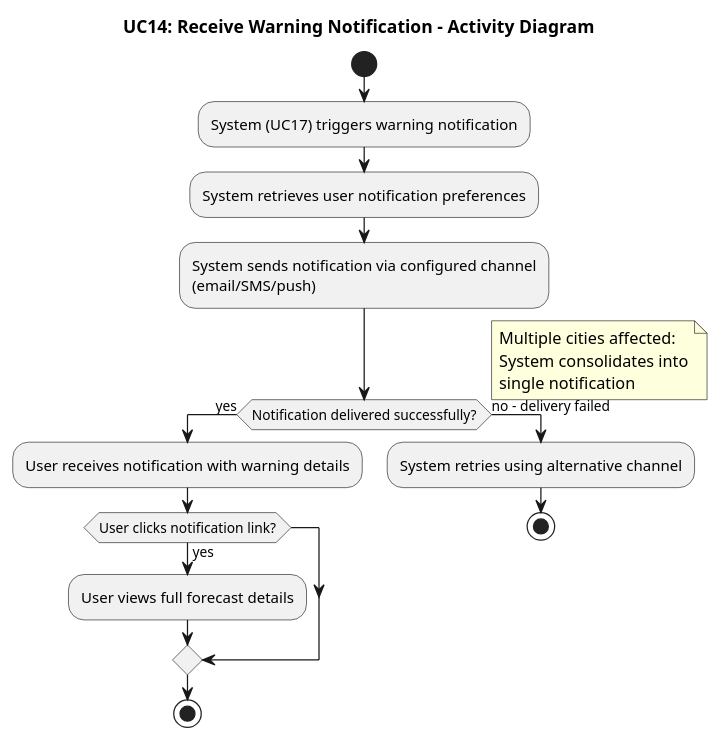
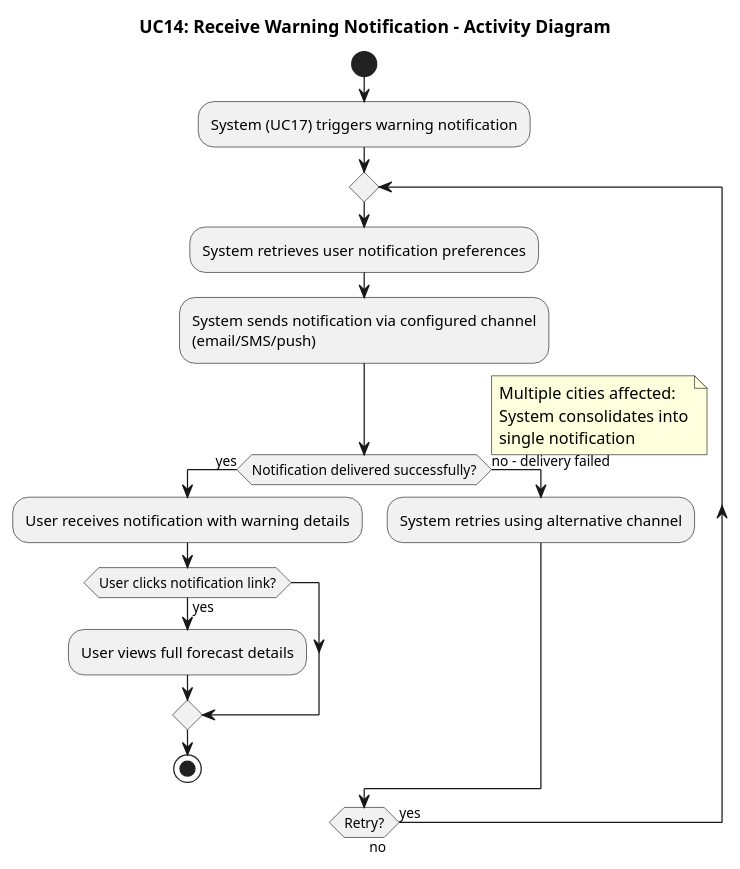
One commit to ManosMorf97/Weather-Forecasts-AI-Remastered changed the diagram in requirements/activity_diagrams/UC14_Receive_Warning_Notification.puml. Above: the diagram before and after it, drawn with PlantUML. The commit also changed 22 other files, not shown here.

Commit message:
activity diagrams pictures

```diff
--- a/requirements/activity_diagrams/UC14_Receive_Warning_Notification.puml
+++ b/requirements/activity_diagrams/UC14_Receive_Warning_Notification.puml
@@ -1,28 +1,29 @@
 @startuml UC14_Receive_Warning_Notification_Activity_Diagram
 
 title UC14: Receive Warning Notification - Activity Diagram
 
 start
 :System (UC17) triggers warning notification;
-:System retrieves user notification preferences;
-:System sends notification via configured channel
-(email/SMS/push);
+repeat
+  :System retrieves user notification preferences;
+  :System sends notification via configured channel
+  (email/SMS/push);
 
-if (Notification delivered successfully?) then (yes)
-  :User receives notification with warning details;
-  if (User clicks notification link?) then (yes)
-    :User views full forecast details;
+  if (Notification delivered successfully?) then (yes)
+    :User receives notification with warning details;
+    if (User clicks notification link?) then (yes)
+      :User views full forecast details;
+    endif
+    stop
+  else (no - delivery failed)
+    :System retries using alternative channel;
   endif
-  stop
-else (no - delivery failed)
-  :System retries using alternative channel;
-  stop
-endif
+repeat while (Retry?) is (yes) not (no)
 
 note right
   Multiple cities affected:
   System consolidates into
   single notification
 end note
 
 @enduml
```
